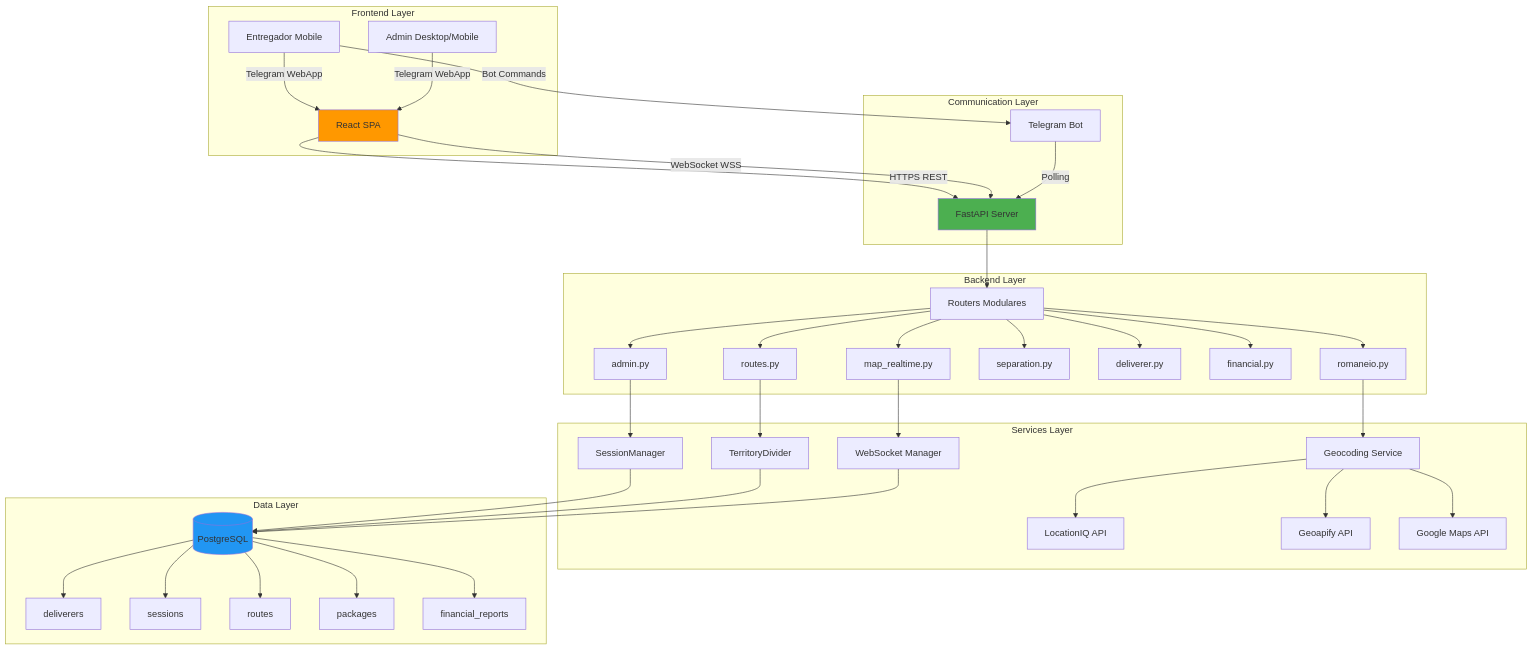
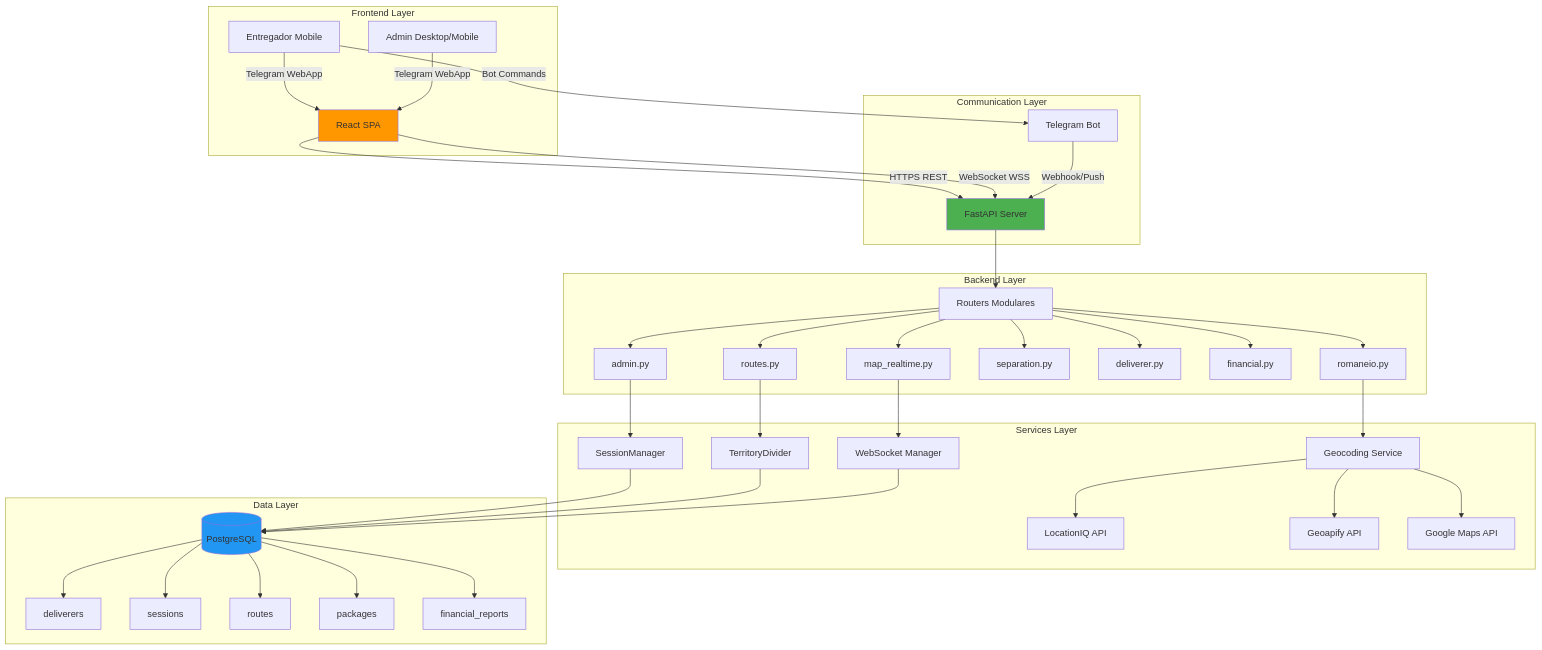
The diagram in README.md (henrique-jfp/BotEntregador), drawn with Mermaid before and after one commit. The commit also changed other lines of this file and 1 other file, not shown here.

````diff
--- a/README.md
+++ b/README.md
@@ -146,50 +148,50 @@
 ```mermaid
 graph TB
     subgraph "Frontend Layer"
         A[Entregador Mobile] -->|Telegram WebApp| B[React SPA]
         C[Admin Desktop/Mobile] -->|Telegram WebApp| B
     end
     
     subgraph "Communication Layer"
         B -->|HTTPS REST| D[FastAPI Server]
         B -->|WebSocket WSS| D
         A -->|Bot Commands| E[Telegram Bot]
-        E -->|Polling| D
+        E -->|Webhook/Push| D
     end
     
     subgraph "Backend Layer"
         D --> F[Routers Modulares]
         F --> G[admin.py]
         F --> H[romaneio.py]
         F --> I[routes.py]
         F --> J[separation.py]
         F --> K[deliverer.py]
         F --> L[financial.py]
         F --> M[map_realtime.py]
     end
     
     subgraph "Services Layer"
         G --> N[SessionManager]
         H --> O[Geocoding Service]
         I --> P[TerritoryDivider]
         M --> Q[WebSocket Manager]
         O --> R[LocationIQ API]
         O --> S[Geoapify API]
         O --> T[Google Maps API]
     end
     
     subgraph "Data Layer"
         N --> U[(PostgreSQL)]
         P --> U
         Q --> U
         U --> V[deliverers]
         U --> W[sessions]
         U --> X[routes]
         U --> Y[packages]
         U --> Z[financial_reports]
     end
     
     style D fill:#4CAF50
     style U fill:#2196F3
     style B fill:#FF9800
 ```
````
